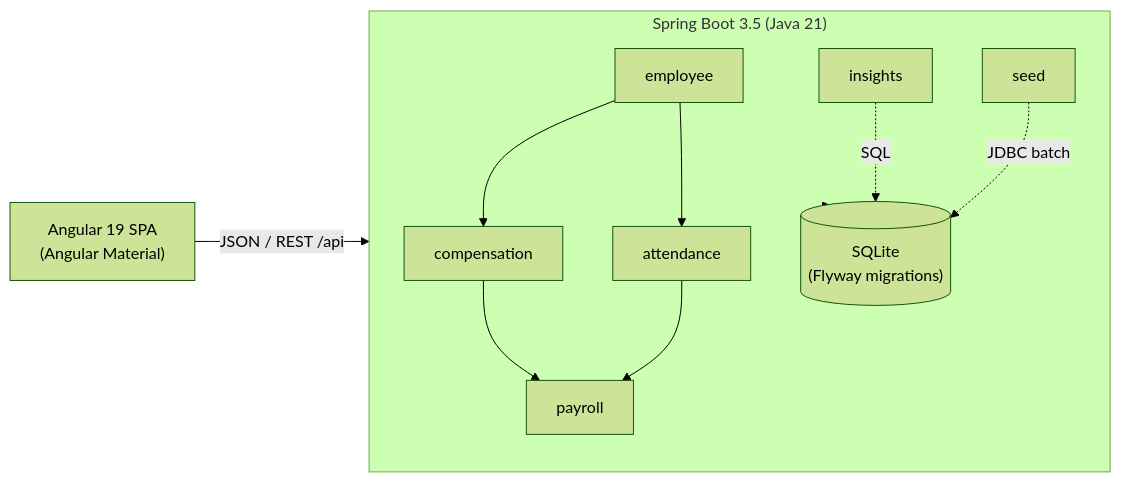
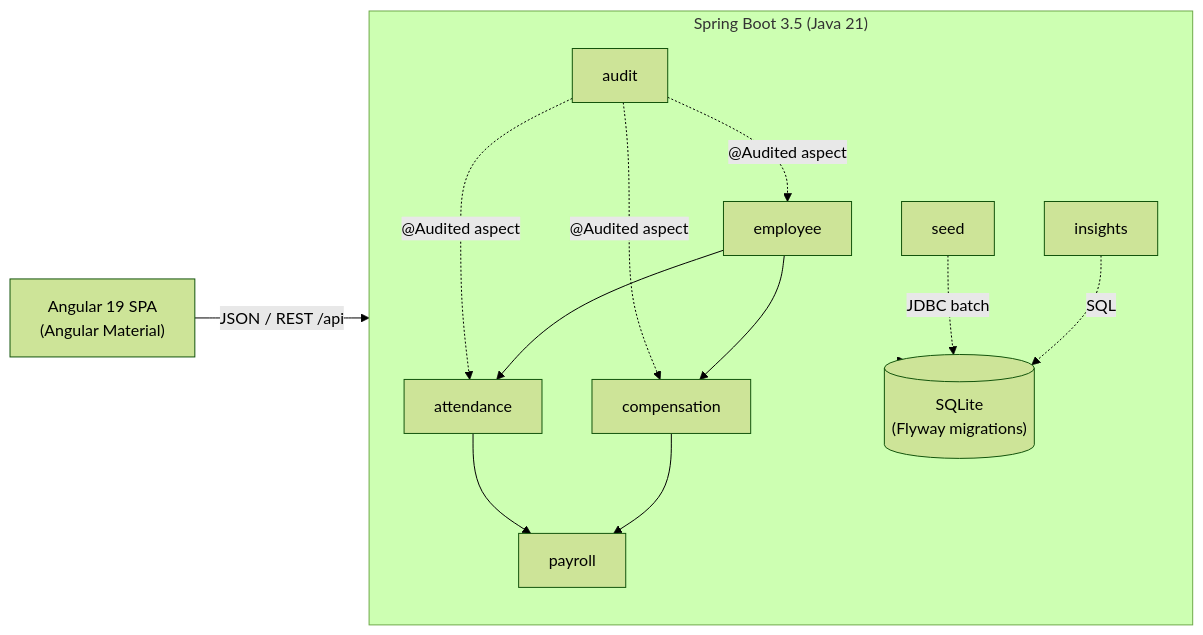
The diagram in docs/ARCHITECTURE.md (Manpreet272000/hr-salary-management-assessment), drawn with Mermaid (forest theme) before and after one commit. The commit also changed other lines of this file and 4 other files, not shown here.

````diff
--- a/docs/ARCHITECTURE.md
+++ b/docs/ARCHITECTURE.md
@@ -5,14 +5,15 @@
 ```mermaid
 flowchart LR
     UI["Angular 19 SPA<br/>(Angular Material)"] -- "JSON / REST /api" --> API
     subgraph API["Spring Boot 3.5 (Java 21)"]
         direction TB
         E[employee] --> C[compensation]
         E --> A[attendance]
         C --> P[payroll]
         A --> P
         I[insights] -.SQL.-> DB
         S[seed] -.JDBC batch.-> DB
+        AU[audit] -. "@Audited aspect" .-> E & C & A
     end
     API --> DB[("SQLite<br/>(Flyway migrations)")]
 ```
````
